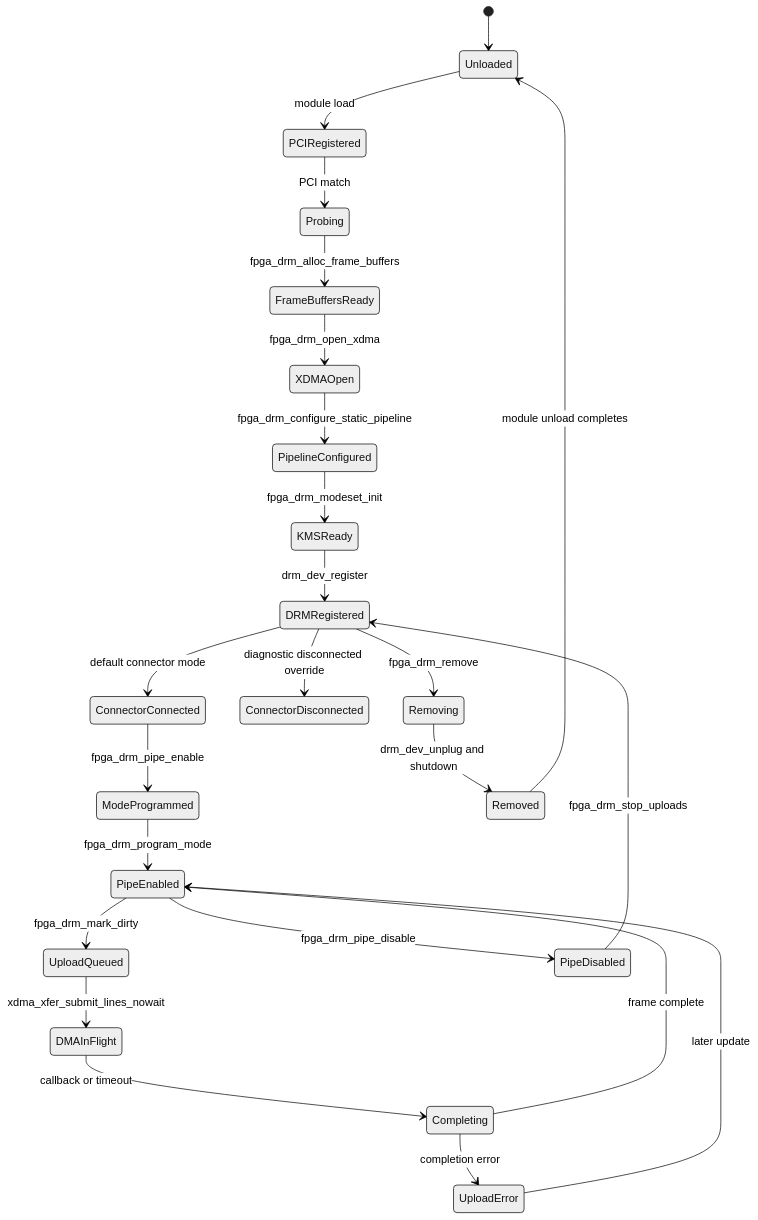
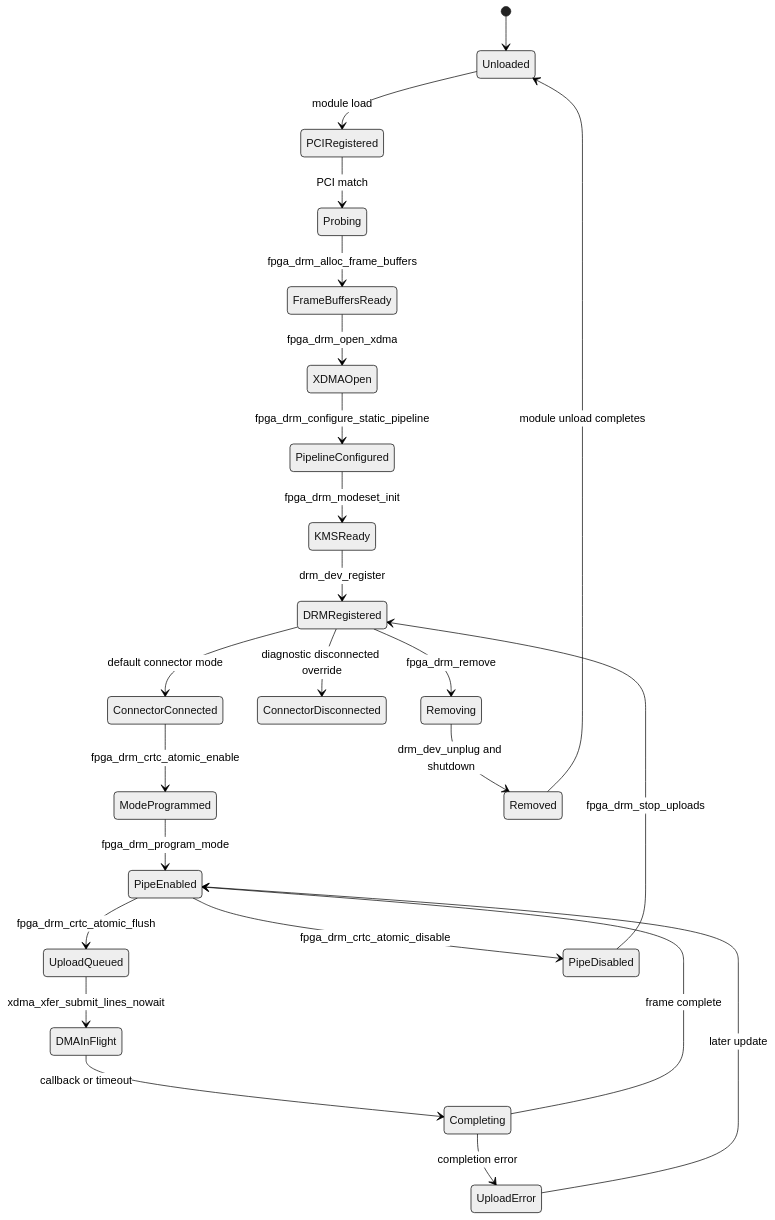
Before and after one commit to alpkoyun/Simple-Display-Controller: the first of 2 diagrams in doc/Linux_DRM_Driver_AI_GEN_documents/state_machine.md, drawn with Mermaid (neutral theme). The commit also changed other lines of this file and 15 other files, not shown here.

Commit message:
changed the kms mechanism to have plane crtc etc different object insteaf of simple pipe

````diff
--- a/doc/Linux_DRM_Driver_AI_GEN_documents/state_machine.md
+++ b/doc/Linux_DRM_Driver_AI_GEN_documents/state_machine.md
@@ -9,26 +9,26 @@
 ```mermaid
 stateDiagram-v2
     [*] --> Unloaded
     Unloaded --> PCIRegistered: module load
     PCIRegistered --> Probing: PCI match
     Probing --> FrameBuffersReady: fpga_drm_alloc_frame_buffers
     FrameBuffersReady --> XDMAOpen: fpga_drm_open_xdma
     XDMAOpen --> PipelineConfigured: fpga_drm_configure_static_pipeline
     PipelineConfigured --> KMSReady: fpga_drm_modeset_init
     KMSReady --> DRMRegistered: drm_dev_register
     DRMRegistered --> ConnectorConnected: default connector mode
     DRMRegistered --> ConnectorDisconnected: diagnostic disconnected override
-    ConnectorConnected --> ModeProgrammed: fpga_drm_pipe_enable
+    ConnectorConnected --> ModeProgrammed: fpga_drm_crtc_atomic_enable
     ModeProgrammed --> PipeEnabled: fpga_drm_program_mode
-    PipeEnabled --> UploadQueued: fpga_drm_mark_dirty
+    PipeEnabled --> UploadQueued: fpga_drm_crtc_atomic_flush
     UploadQueued --> DMAInFlight: xdma_xfer_submit_lines_nowait
     DMAInFlight --> Completing: callback or timeout
     Completing --> PipeEnabled: frame complete
     Completing --> UploadError: completion error
     UploadError --> PipeEnabled: later update
-    PipeEnabled --> PipeDisabled: fpga_drm_pipe_disable
+    PipeEnabled --> PipeDisabled: fpga_drm_crtc_atomic_disable
     PipeDisabled --> DRMRegistered: fpga_drm_stop_uploads
     DRMRegistered --> Removing: fpga_drm_remove
     Removing --> Removed: drm_dev_unplug and shutdown
     Removed --> Unloaded: module unload completes
 ```
````
